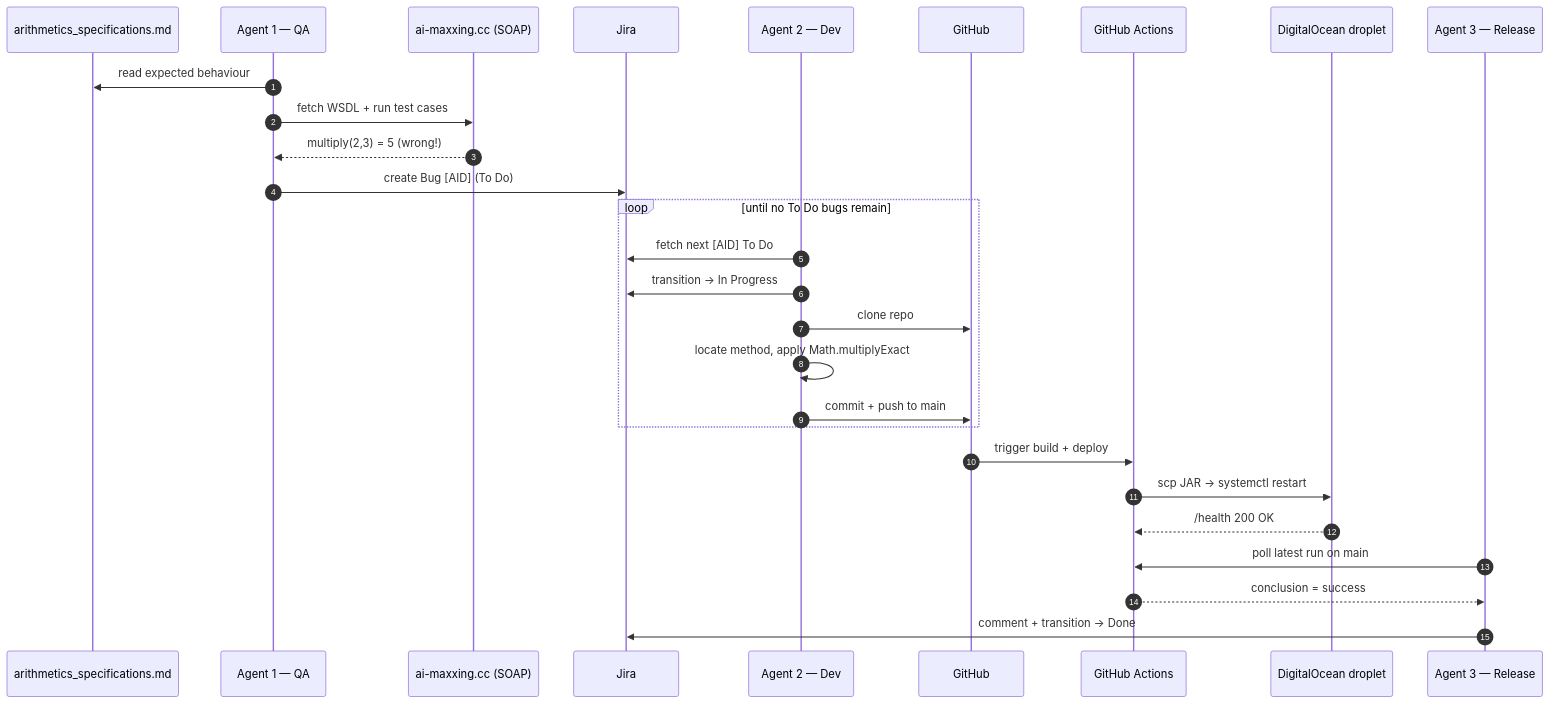
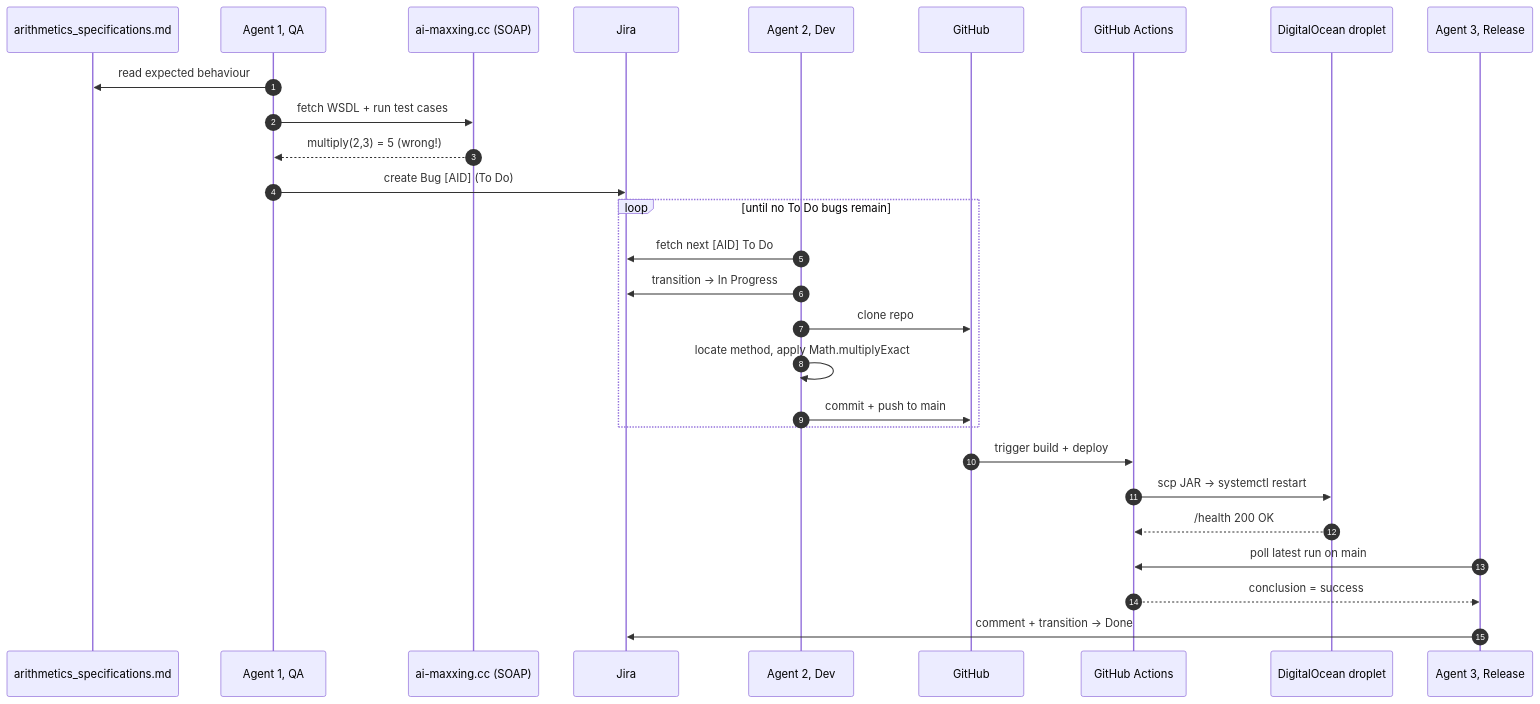
The second of 5 diagrams in profile/README.md (simple-agent-factory/.github), drawn with Mermaid before and after one commit. The commit also changed other lines of this file and 2 other files, not shown here.

````diff
--- a/profile/README.md
+++ b/profile/README.md
@@ -69,34 +74,34 @@
 ```mermaid
 sequenceDiagram
     autonumber
     participant Spec as arithmetics_specifications.md
-    participant QA as Agent 1 — QA
+    participant QA as Agent 1, QA
     participant SOAP as ai-maxxing.cc (SOAP)
     participant Jira
-    participant Dev as Agent 2 — Dev
+    participant Dev as Agent 2, Dev
     participant GH as GitHub
     participant GHA as GitHub Actions
     participant Droplet as DigitalOcean droplet
-    participant Rel as Agent 3 — Release
+    participant Rel as Agent 3, Release
 
     QA->>Spec: read expected behaviour
     QA->>SOAP: fetch WSDL + run test cases
     SOAP-->>QA: multiply(2,3) = 5   (wrong!)
     QA->>Jira: create Bug [AID] (To Do)
 
     loop until no To Do bugs remain
         Dev->>Jira: fetch next [AID] To Do
         Dev->>Jira: transition → In Progress
         Dev->>GH: clone repo
         Dev->>Dev: locate method, apply Math.multiplyExact
         Dev->>GH: commit + push to main
     end
 
     GH->>GHA: trigger build + deploy
     GHA->>Droplet: scp JAR → systemctl restart
     Droplet-->>GHA: /health 200 OK
 
     Rel->>GHA: poll latest run on main
     GHA-->>Rel: conclusion = success
     Rel->>Jira: comment + transition → Done
 ```
````
